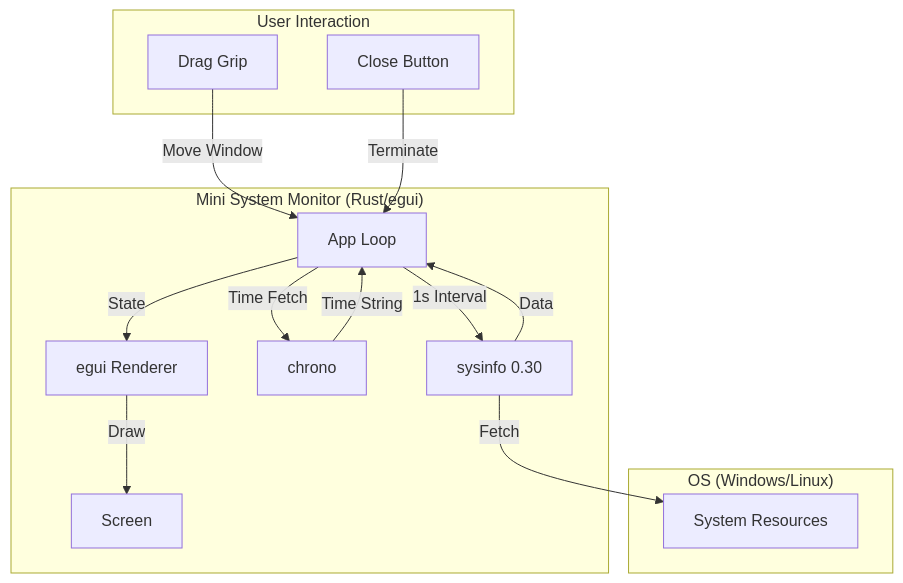
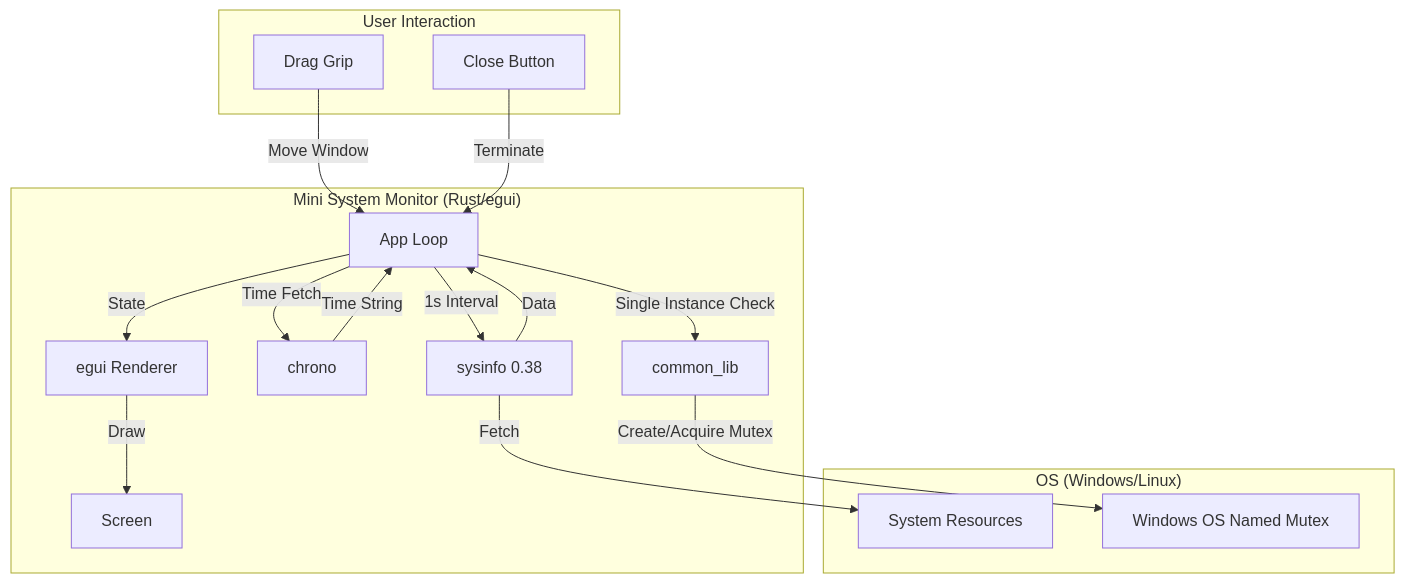
Before and after one commit to tkshnkgwr/MiSysMon: the diagram in docs/DIAGRAM.md, drawn with Mermaid. The commit also changed 8 other files, not shown here.

````diff
--- a/docs/DIAGRAM.md
+++ b/docs/DIAGRAM.md
@@ -3,26 +3,31 @@
 ```mermaid
 graph TD
     subgraph "OS (Windows/Linux)"
         SYS[System Resources]
+        WIN[Windows OS Named Mutex]
     end
 
     subgraph "Mini System Monitor (Rust/egui)"
         APP[App Loop]
-        SI[sysinfo 0.30]
+        SI[sysinfo 0.38]
         CH[chrono]
         UI[egui Renderer]
+        CL[common_lib]
         
         APP -->|1s Interval| SI
         APP -->|Time Fetch| CH
         SI -->|Fetch| SYS
         SI -->|Data| APP
         CH -->|Time String| APP
         APP -->|State| UI
         UI -->|Draw| SCR[Screen]
+        APP -->|Single Instance Check| CL
     end
 
     subgraph "User Interaction"
         DRAG[Drag Grip] -->|Move Window| APP
         CLOSE[Close Button] -->|Terminate| APP
     end
+
+    CL -->|Create/Acquire Mutex| WIN
 ```
````
